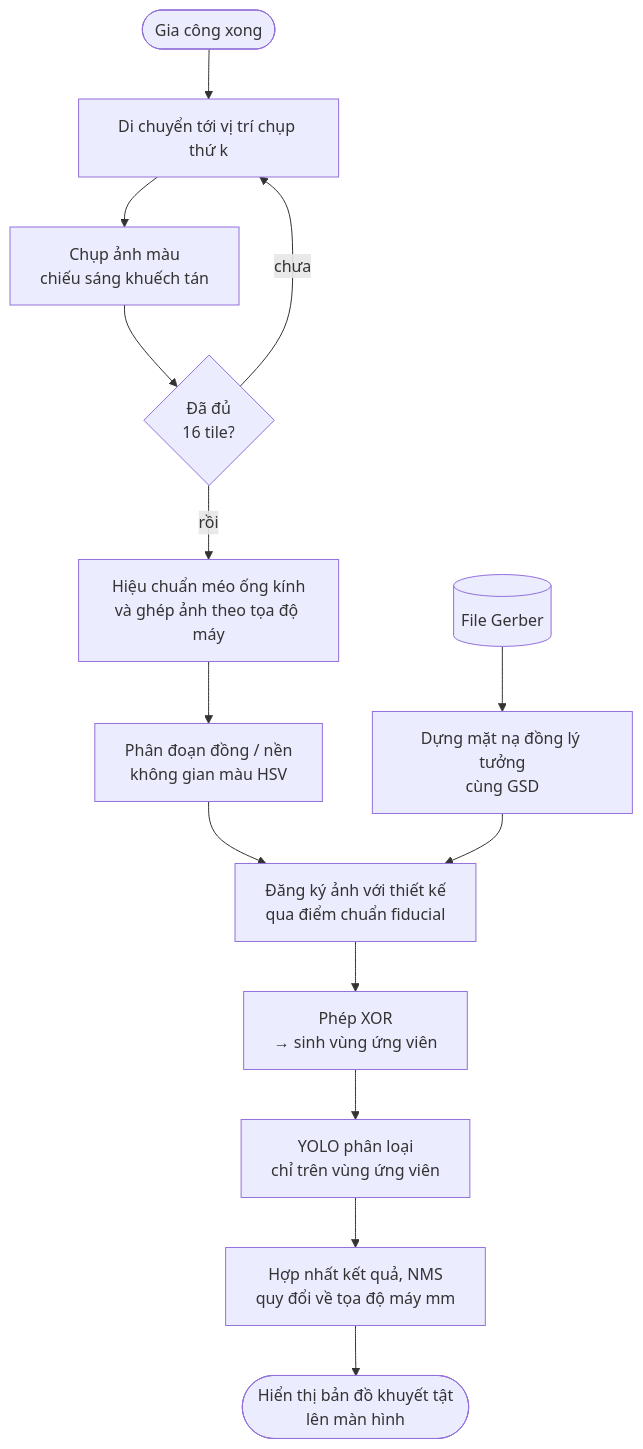
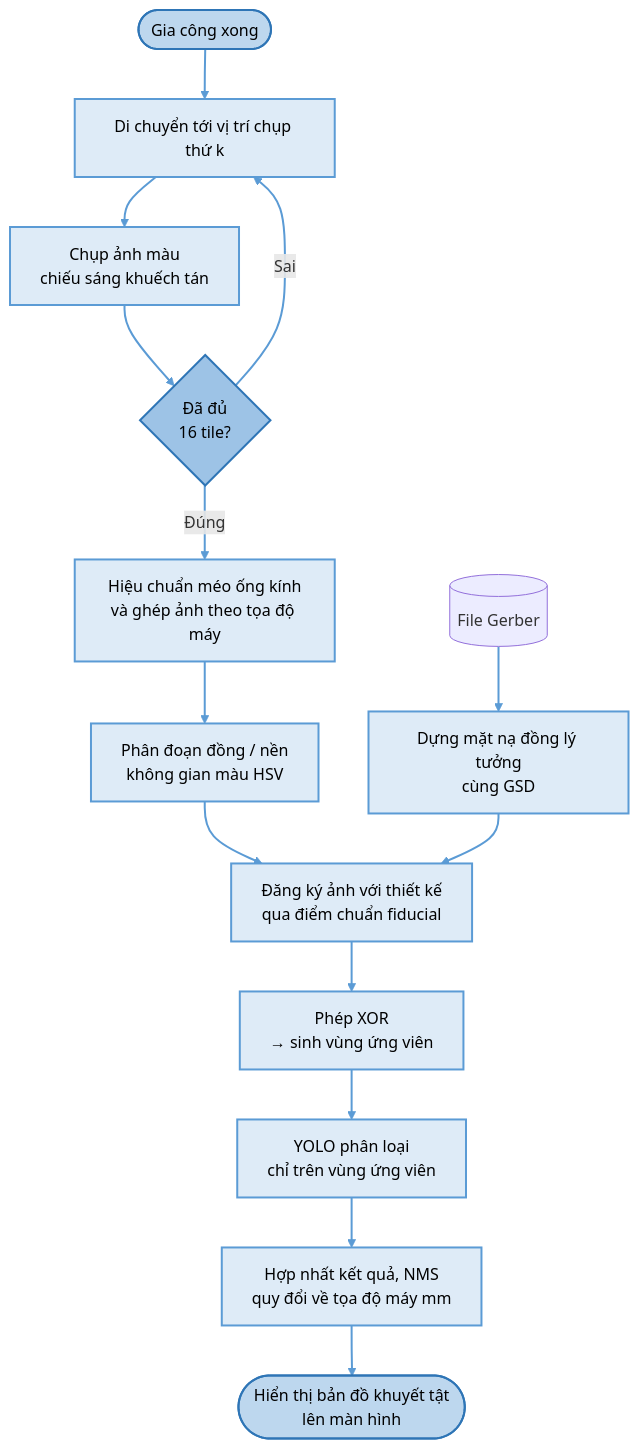
Before and after one commit to nguyentanphat1908-collab/IDE: the diagram in docs/kiem-tra-quang-hoc.md, drawn with Mermaid. The commit also changed 4 other files, not shown here.

First line of the commit message:
Vẽ lại lưu đồ theo chuẩn ký hiệu kinh điển

````diff
--- a/docs/kiem-tra-quang-hoc.md
+++ b/docs/kiem-tra-quang-hoc.md
@@ -148,16 +148,22 @@
 ```mermaid
 flowchart TD
-    A([Gia công xong]) --> B[Di chuyển tới vị trí chụp thứ k]
-    B --> C[Chụp ảnh màu<br/>chiếu sáng khuếch tán]
-    C --> D{Đã đủ<br/>16 tile?}
-    D -- chưa --> B
-    D -- rồi --> E[Hiệu chuẩn méo ống kính<br/>và ghép ảnh theo tọa độ máy]
-    E --> F[Phân đoạn đồng / nền<br/>không gian màu HSV]
-    G[(File Gerber)] --> H[Dựng mặt nạ đồng lý tưởng<br/>cùng GSD]
-    F --> I[Đăng ký ảnh với thiết kế<br/>qua điểm chuẩn fiducial]
+    A([Gia công xong]):::term --> B[Di chuyển tới vị trí chụp thứ k]:::proc
+    B --> C[Chụp ảnh màu<br/>chiếu sáng khuếch tán]:::proc
+    C --> D{Đã đủ<br/>16 tile?}:::dec
+    D -- Sai --> B
+    D -- Đúng --> E[Hiệu chuẩn méo ống kính<br/>và ghép ảnh theo tọa độ máy]:::proc
+    E --> F[Phân đoạn đồng / nền<br/>không gian màu HSV]:::proc
+    G[(File Gerber)] --> H[Dựng mặt nạ đồng lý tưởng<br/>cùng GSD]:::proc
+    F --> I[Đăng ký ảnh với thiết kế<br/>qua điểm chuẩn fiducial]:::proc
     H --> I
-    I --> J[Phép XOR<br/>→ sinh vùng ứng viên]
-    J --> K[YOLO phân loại<br/>chỉ trên vùng ứng viên]
-    K --> L[Hợp nhất kết quả, NMS<br/>quy đổi về tọa độ máy mm]
-    L --> M([Hiển thị bản đồ khuyết tật<br/>lên màn hình])
+    I --> J[Phép XOR<br/>→ sinh vùng ứng viên]:::proc
+    J --> K[YOLO phân loại<br/>chỉ trên vùng ứng viên]:::proc
+    K --> L[Hợp nhất kết quả, NMS<br/>quy đổi về tọa độ máy mm]:::proc
+    L --> M([Hiển thị bản đồ khuyết tật<br/>lên màn hình]):::term
+    classDef term fill:#BDD7EE,stroke:#2E75B6,stroke-width:2px,color:#000
+    classDef proc fill:#DEEBF7,stroke:#5B9BD5,stroke-width:2px,color:#000
+    classDef io   fill:#DEEBF7,stroke:#5B9BD5,stroke-width:2px,color:#000
+    classDef dec  fill:#9DC3E6,stroke:#2E75B6,stroke-width:2px,color:#000
+    classDef conn fill:#9DC3E6,stroke:#2E75B6,stroke-width:2px,color:#000
+    linkStyle default stroke:#5B9BD5,stroke-width:2px
 ```
````
